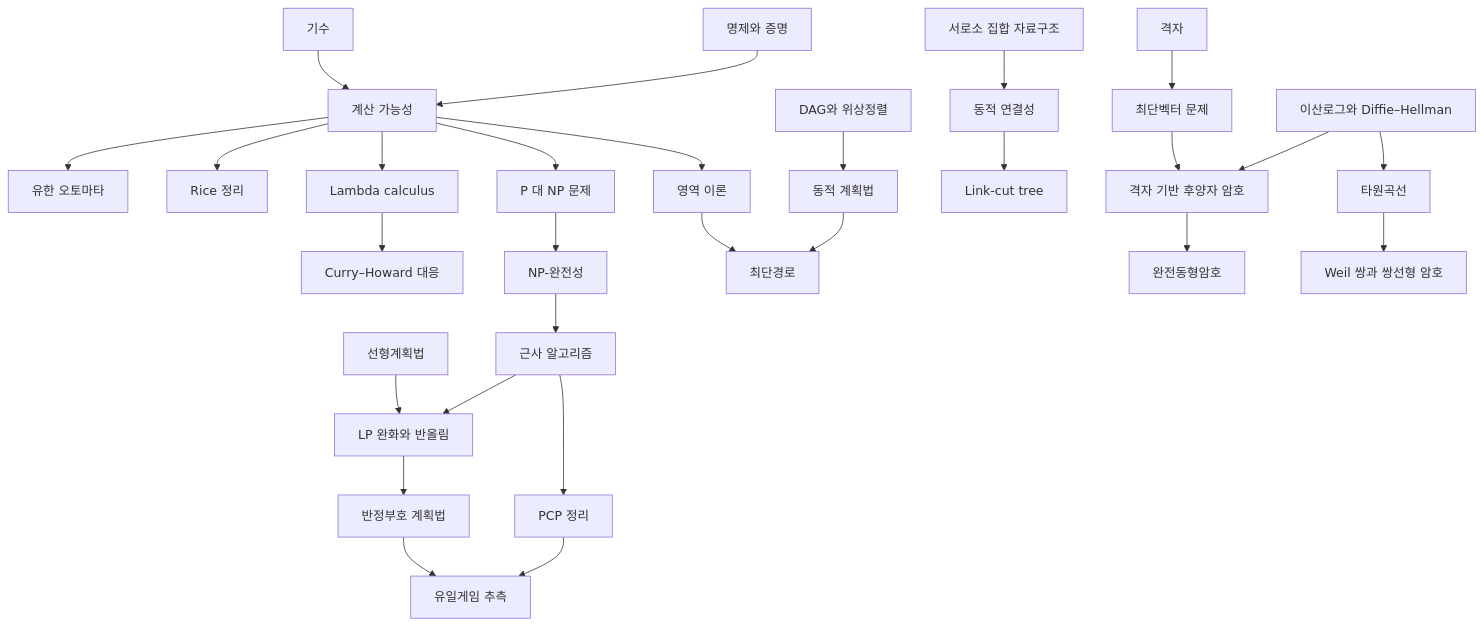
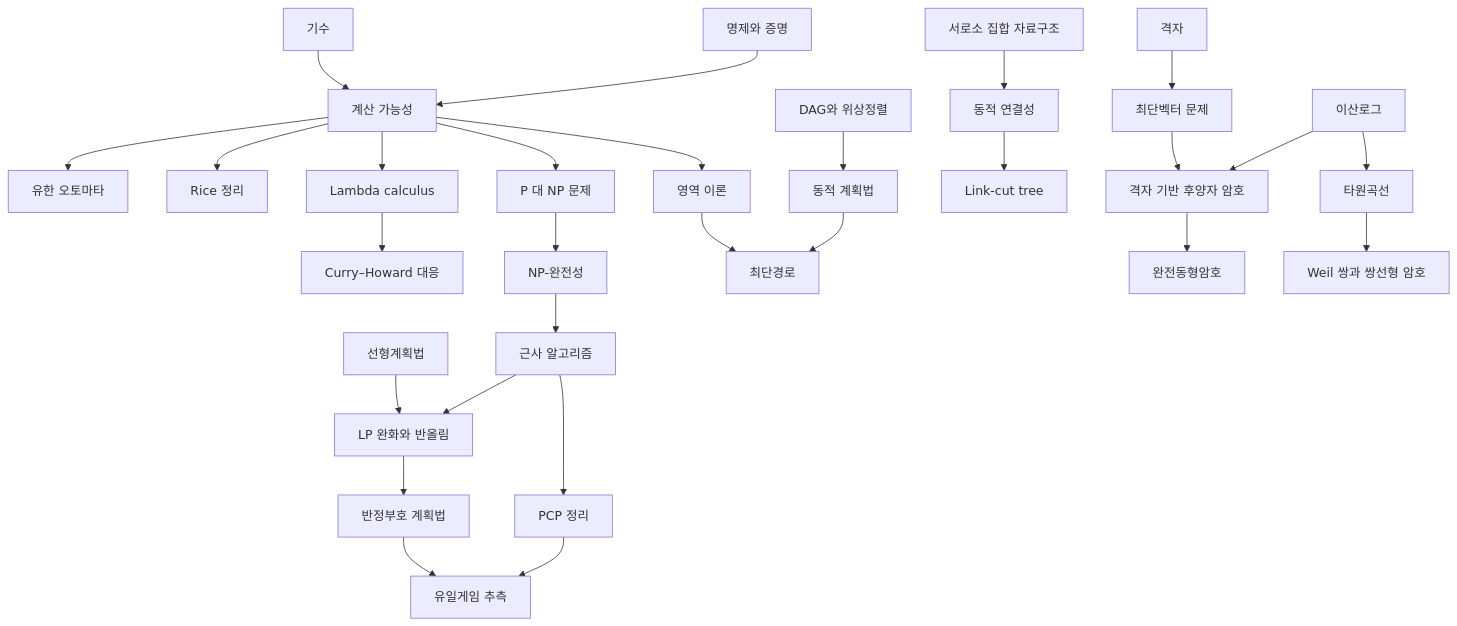
The diagram in docs/computation-overview.md (Phryxia/math-map), drawn with Mermaid before and after one commit. The commit also changed other lines of this file and 31 other files, not shown here.

````diff
--- a/docs/computation-overview.md
+++ b/docs/computation-overview.md
@@ -13,30 +13,30 @@
 ```mermaid
 graph TD
   PF["명제와 증명"] --> CB["계산 가능성"]
   CA["기수"] --> CB
   CB --> FA["유한 오토마타"]
   CB --> RT["Rice 정리"]
   CB --> LC["Lambda calculus"]
   CB --> DT["영역 이론"]
   LC --> CH["Curry–Howard 대응"]
   CB --> PN["P 대 NP 문제"]
   PN --> NPC["NP-완전성"]
   NPC --> AA["근사 알고리즘"]
   AA --> LPR["LP 완화와 반올림"]
   AA --> PCP["PCP 정리"]
   PCP --> UG["유일게임 추측"]
   LP["선형계획법"] --> LPR
   LPR --> SDP["반정부호 계획법"]
   SDP --> UG
   DAG["DAG와 위상정렬"] --> DP["동적 계획법"]
   DP --> SP["최단경로"]
   DT --> SP
   UF["서로소 집합 자료구조"] --> DC["동적 연결성"]
   DC --> LCT["Link-cut tree"]
-  DL["이산로그와 Diffie–Hellman"] --> PQ["격자 기반 후양자 암호"]
+  DL["이산로그"] --> PQ["격자 기반 후양자 암호"]
   LA["격자"] --> SVP["최단벡터 문제"]
   SVP --> PQ
   PQ --> HE["완전동형암호"]
   DL --> EC["타원곡선"]
   EC --> PBC["Weil 쌍과 쌍선형 암호"]
 ```
````
